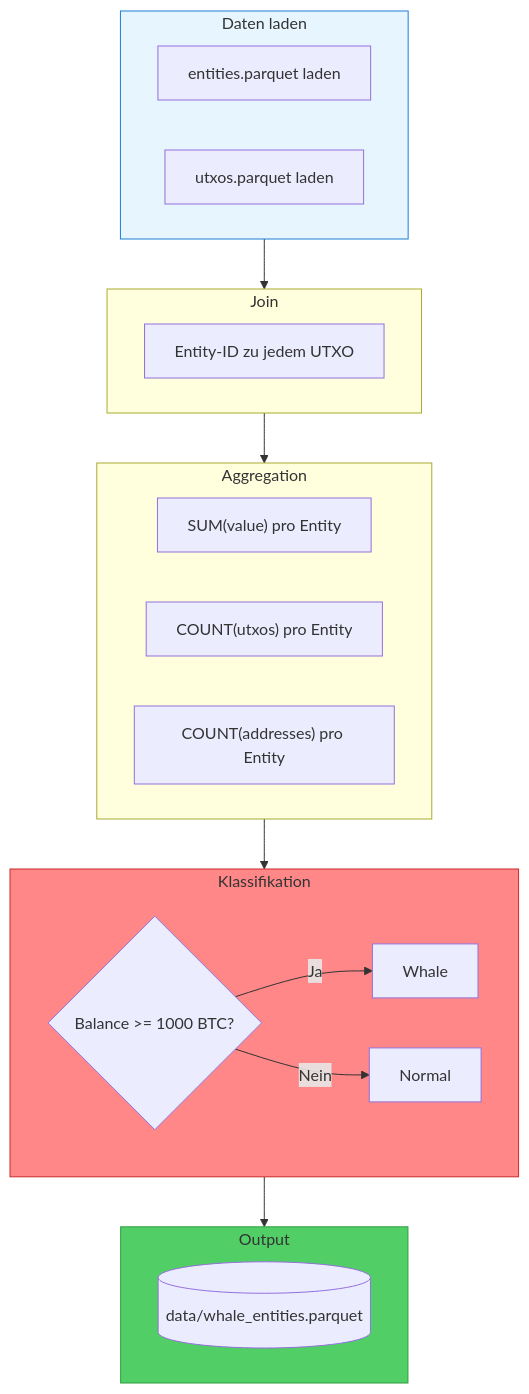
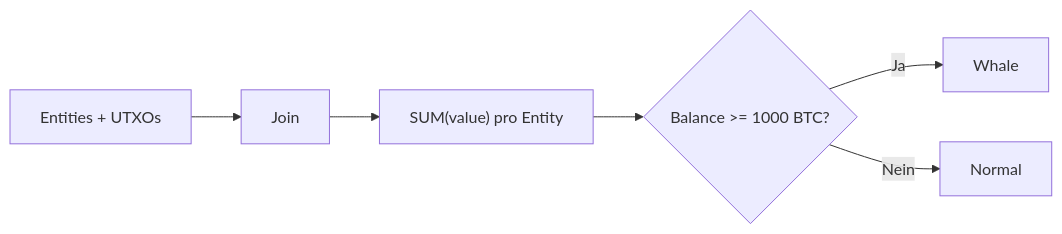
Before and after one commit to RomanRnlt/bitcoin-whale-intelligence: the third of 4 diagrams in docs/NOTEBOOK_WORKFLOW.md, drawn with Mermaid. The commit also changed other lines of this file and 4 other files, not shown here.

````diff
--- a/docs/NOTEBOOK_WORKFLOW.md
+++ b/docs/NOTEBOOK_WORKFLOW.md
@@ -157,35 +66,8 @@
 ```mermaid
-flowchart TB
-    subgraph load["Daten laden"]
-        L1["entities.parquet laden"]
-        L2["utxos.parquet laden"]
-    end
-
-    subgraph join["Join"]
-        J["Entity-ID zu jedem UTXO"]
-    end
-
-    subgraph aggregate["Aggregation"]
-        A1["SUM(value) pro Entity"]
-        A2["COUNT(utxos) pro Entity"]
-        A3["COUNT(addresses) pro Entity"]
-    end
-
-    subgraph classify["Klassifikation"]
-        C1{"Balance >= 1000 BTC?"}
-        C2["Whale"]
-        C3["Normal"]
-        C1 -->|"Ja"| C2
-        C1 -->|"Nein"| C3
-    end
-
-    subgraph output["Output"]
-        O[("data/whale_entities.parquet")]
-    end
-
-    load --> join --> aggregate --> classify --> output
-
-    style load fill:#e7f5ff,stroke:#1c7ed6
-    style classify fill:#ff8787,stroke:#c92a2a
-    style output fill:#51cf66,stroke:#2f9e44
+flowchart LR
+    LOAD["Entities + UTXOs"] --> JOIN["Join"]
+    JOIN --> AGG["SUM(value) pro Entity"]
+    AGG --> CLASS{"Balance >= 1000 BTC?"}
+    CLASS -->|Ja| WHALE["Whale"]
+    CLASS -->|Nein| NORMAL["Normal"]
 ```
````
